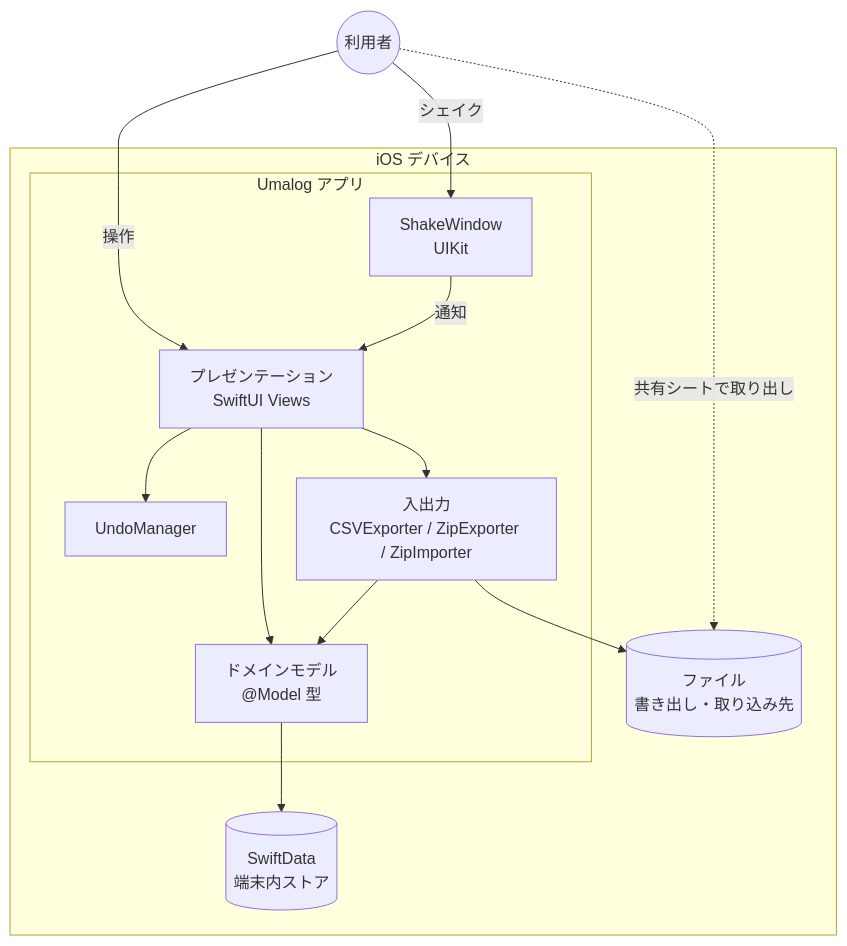
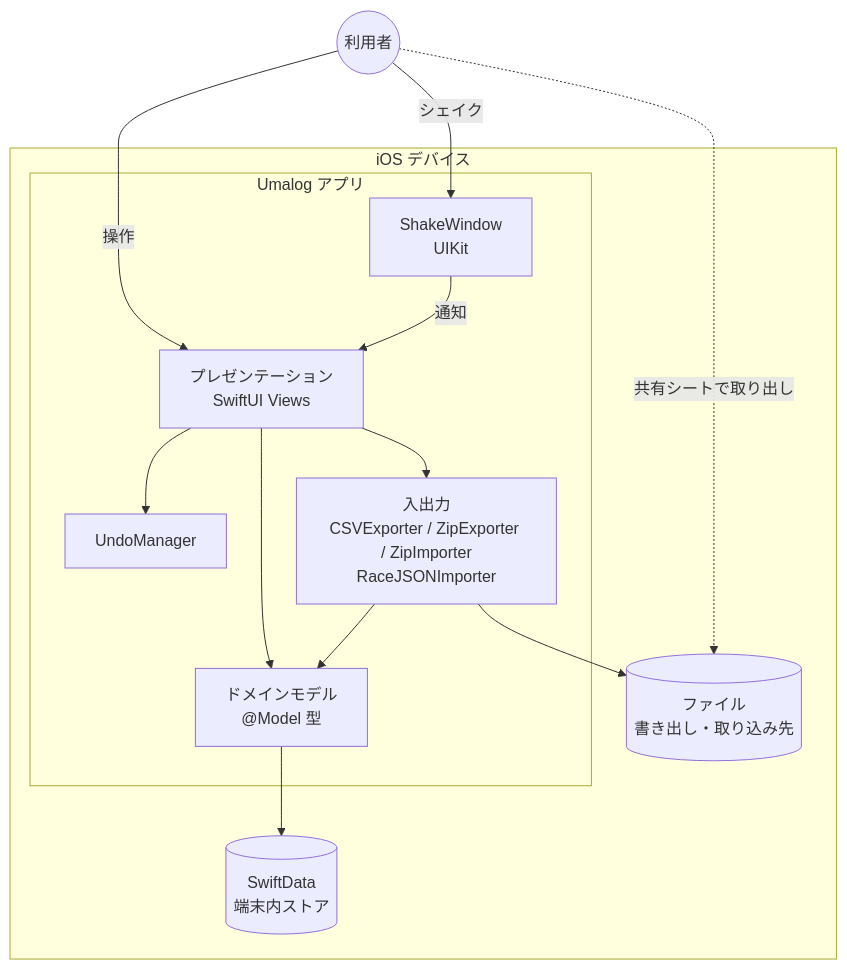
The first of 3 diagrams in docs/architecture.md (neko3cs/umalog), drawn with Mermaid before and after one commit. The commit also changed other lines of this file and 2 other files, not shown here.

````diff
--- a/docs/architecture.md
+++ b/docs/architecture.md
@@ -9,27 +9,27 @@
 ```mermaid
 flowchart TB
     user(("利用者"))
 
     subgraph device["iOS デバイス"]
         subgraph app["Umalog アプリ"]
             ui["プレゼンテーション<br/>SwiftUI Views"]
             shake["ShakeWindow<br/>UIKit"]
             undo["UndoManager"]
             model["ドメインモデル<br/>@Model 型"]
-            io["入出力<br/>CSVExporter / ZipExporter / ZipImporter"]
+            io["入出力<br/>CSVExporter / ZipExporter / ZipImporter<br/>RaceJSONImporter"]
         end
         store[("SwiftData<br/>端末内ストア")]
         files[("ファイル<br/>書き出し・取り込み先")]
     end
 
     user -->|操作| ui
     user -->|シェイク| shake
     shake -->|通知| ui
     ui --> undo
     ui --> model
     ui --> io
     model --> store
     io --> model
     io --> files
     user -.->|共有シートで取り出し| files
 ```
````
